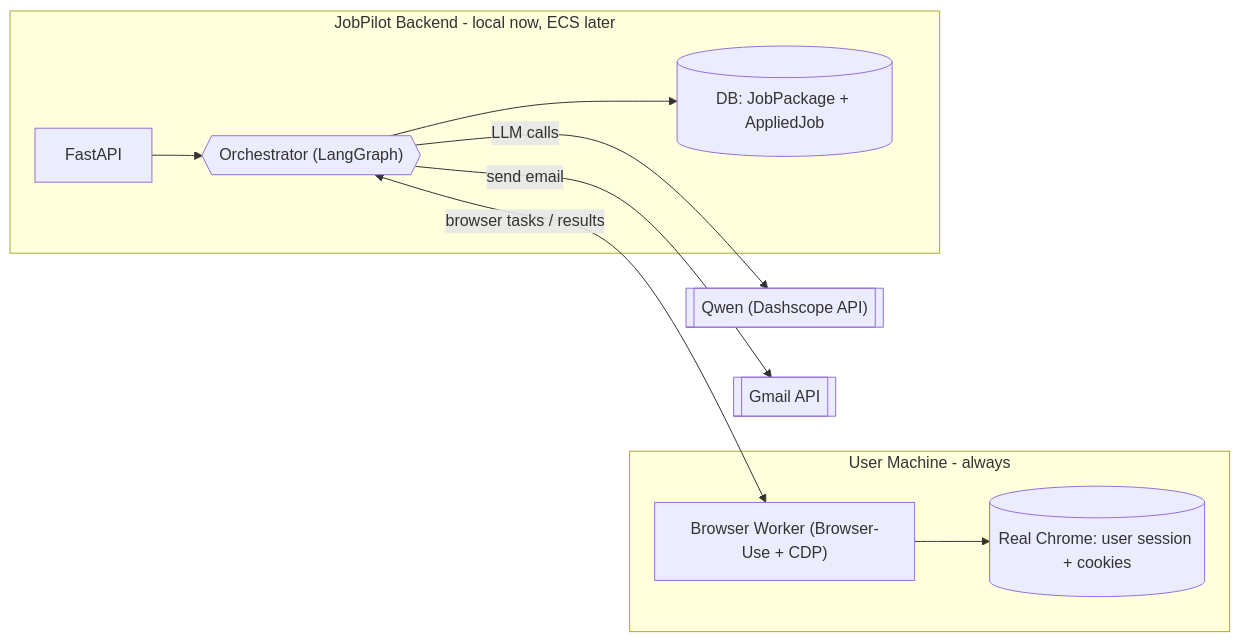
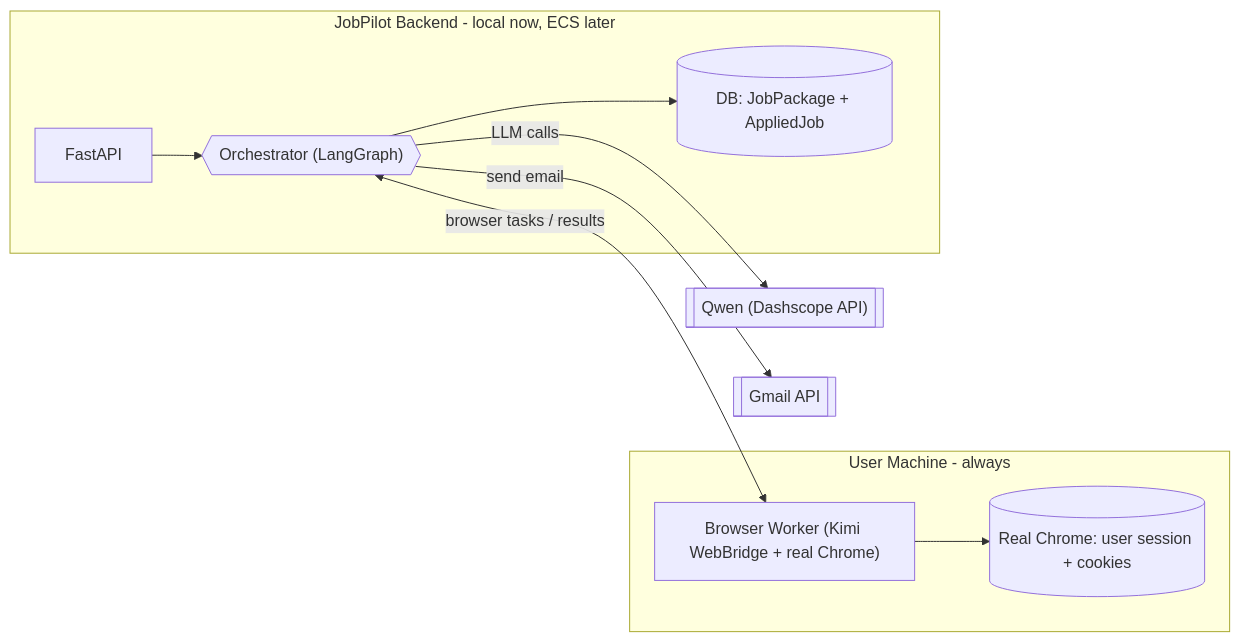
Before and after one commit to HamzaFayaz/JobPilot: the second of 3 diagrams in System Design/jobpilot_backend_design_5694f9b6.md, drawn with Mermaid. The commit also changed other lines of this file and 23 other files, not shown here.

Commit message:
Refactor browser provider to Kimi WebBridge, replacing deprecated Browser-Use. Update documentation and configuration files to reflect changes in the Search Helper architecture and user setup. Ensure seamless integration with existing APIs and maintain user session continuity in Chrome.

````diff
--- a/System Design/jobpilot_backend_design_5694f9b6.md
+++ b/System Design/jobpilot_backend_design_5694f9b6.md
@@ -94,23 +94,23 @@
 ```mermaid
 flowchart LR
     subgraph userMachine [User Machine - always]
         chrome[("Real Chrome: user session + cookies")]
-        worker["Browser Worker (Browser-Use + CDP)"]
+        worker["Browser Worker (Kimi WebBridge + real Chrome)"]
         worker --> chrome
     end
 
     subgraph hostEnv [JobPilot Backend - local now, ECS later]
         api["FastAPI"]
         orch{{"Orchestrator (LangGraph)"}}
         db[("DB: JobPackage + AppliedJob")]
         api --> orch
         orch --> db
     end
 
     qwen[["Qwen (Dashscope API)"]]
     gmail[["Gmail API"]]
 
     orch <-->|"browser tasks / results"| worker
     orch -->|"LLM calls"| qwen
     orch -->|"send email"| gmail
 ```
````
